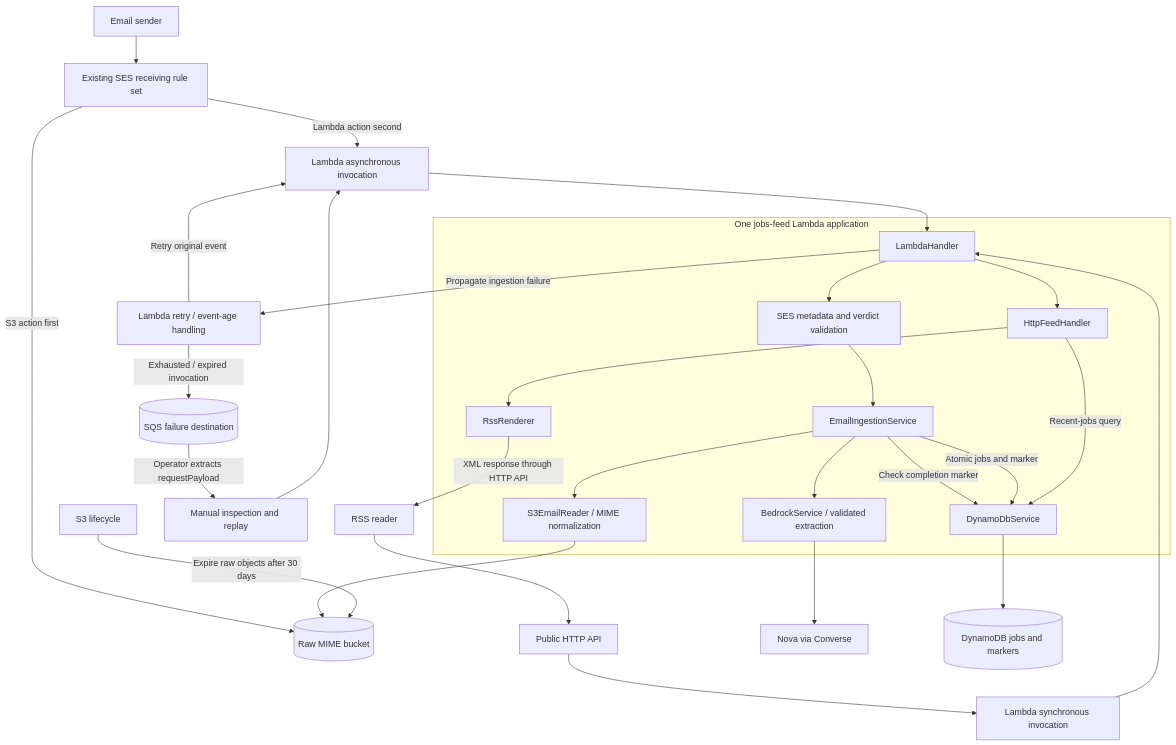
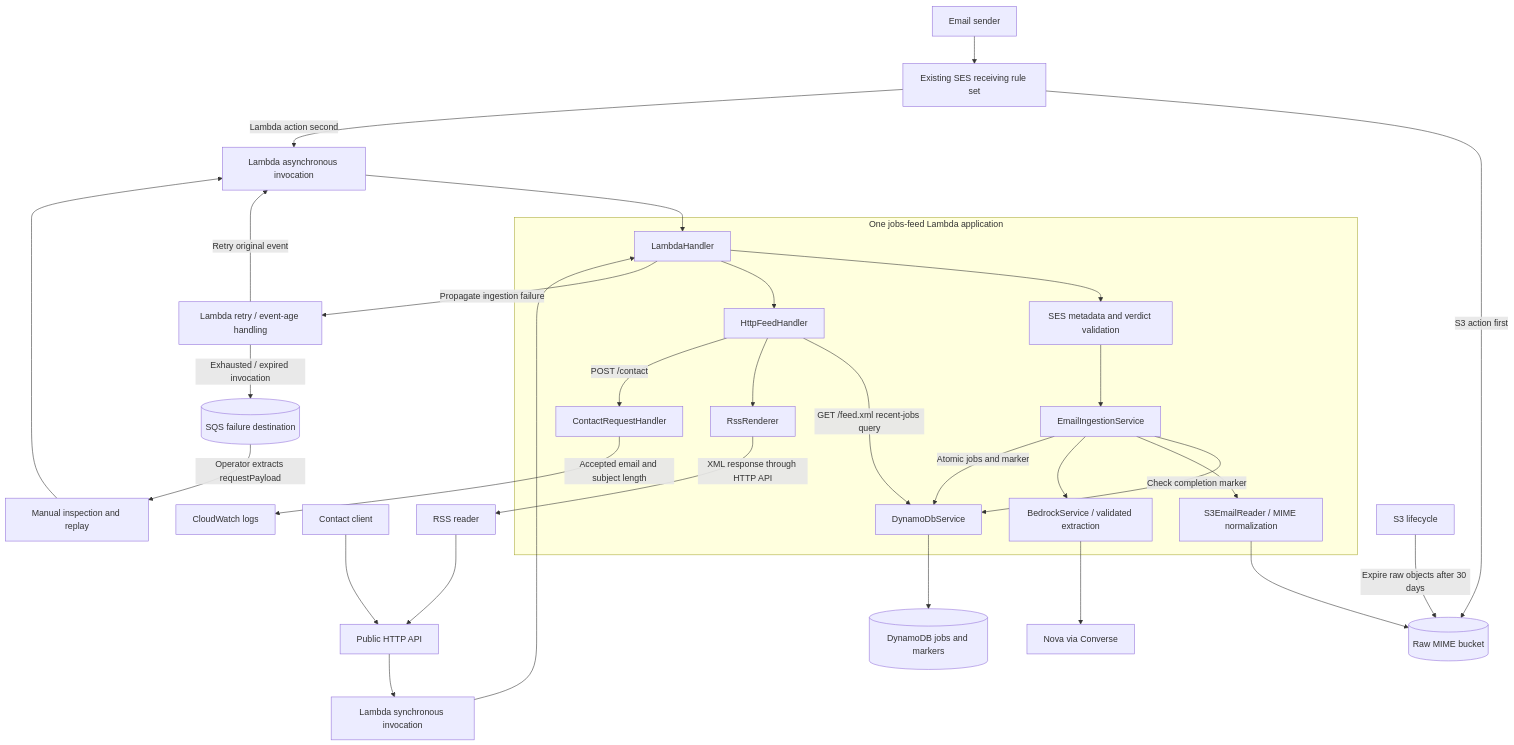
Before and after one commit to vriesjo/itzitzo-jobs-feed: the third of 16 diagrams in docs/architecture.md, drawn with Mermaid. The commit also changed other lines of this file and 11 other files, not shown here.

````diff
--- a/docs/architecture.md
+++ b/docs/architecture.md
@@ -193,41 +302,45 @@
 ```mermaid
 flowchart TB
     Sender["Email sender"] --> SES["Existing SES receiving rule set"]
     SES -->|"S3 action first"| S3[("Raw MIME bucket")]
     SES -->|"Lambda action second"| Async["Lambda asynchronous invocation"]
     Reader["RSS reader"] --> API["Public HTTP API"]
+    ContactClient["Contact client"] --> API
     API --> Sync["Lambda synchronous invocation"]
 
     subgraph Service["One jobs-feed Lambda application"]
         Router["LambdaHandler"]
         Validate["SES metadata and verdict validation"]
         Ingest["EmailIngestionService"]
         Mime["S3EmailReader / MIME normalization"]
         Extract["BedrockService / validated extraction"]
         Store["DynamoDbService"]
         Http["HttpFeedHandler"]
+        Contact["ContactRequestHandler"]
         Render["RssRenderer"]
     end
 
     Async --> Router
     Sync --> Router
     Router --> Validate
     Validate --> Ingest
     Ingest -->|"Check completion marker"| Store
     Ingest --> Mime
     Mime --> S3
     Ingest --> Extract
     Extract --> Nova["Nova via Converse"]
     Ingest -->|"Atomic jobs and marker"| Store
     Router --> Http
-    Http -->|"Recent-jobs query"| Store
+    Http -->|"GET /feed.xml recent-jobs query"| Store
     Http --> Render
+    Http -->|"POST /contact"| Contact
+    Contact -->|"Accepted email and subject length"| CW["CloudWatch logs"]
     Store --> DB[("DynamoDB jobs and markers")]
     Render -->|"XML response through HTTP API"| Reader
     Router -->|"Propagate ingestion failure"| AsyncFailure["Lambda retry / event-age handling"]
     AsyncFailure -->|"Retry original event"| Async
     AsyncFailure -->|"Exhausted / expired invocation"| Queue[("SQS failure destination")]
     Queue -->|"Operator extracts requestPayload"| Replay["Manual inspection and replay"]
     Replay --> Async
     Lifecycle["S3 lifecycle"] -->|"Expire raw objects after 30 days"| S3
 ```
````
